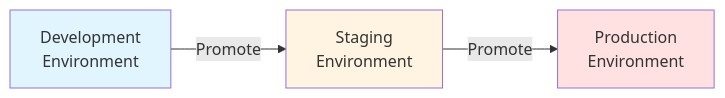
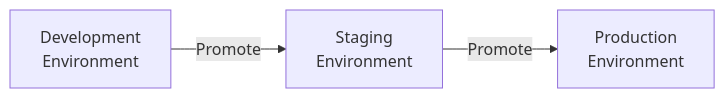
Before and after one commit to circleci/circleci-docs: the diagram in docs/guides/modules/deploy/pages/environment-hierarchy-and-version-promotion.adoc, drawn with Mermaid. The commit also changed other lines of this file, not shown here.

Commit message:
add placeholders for screenshots and work on flow of the doc

```diff
--- a/docs/guides/modules/deploy/pages/environment-hierarchy-and-version-promotion.adoc
+++ b/docs/guides/modules/deploy/pages/environment-hierarchy-and-version-promotion.adoc
@@ -19,10 +19,6 @@
 [mermaid]
 ----
 graph LR
     Dev[Development<br/>Environment] -->|Promote| Staging[Staging<br/>Environment]
     Staging -->|Promote| Production[Production<br/>Environment]
-
-    style Dev fill:#e1f5ff
-    style Staging fill:#fff4e1
-    style Production fill:#ffe1e1
 ----
```
